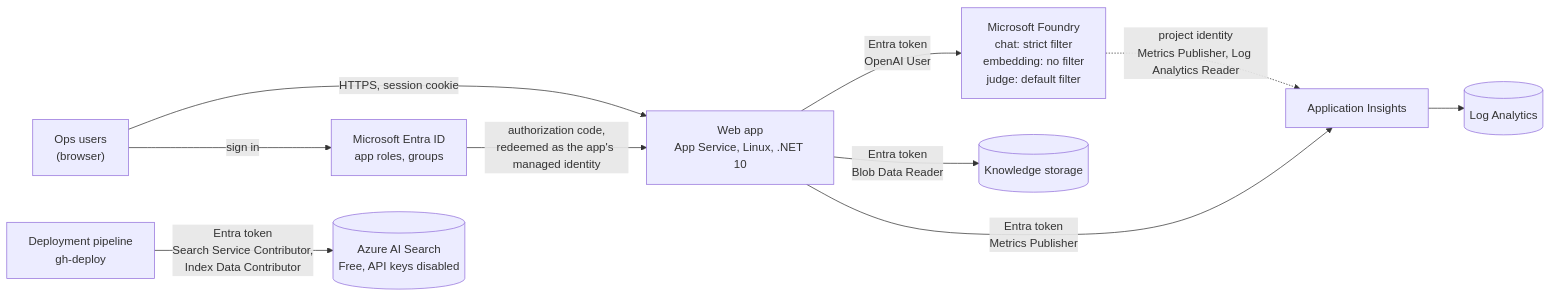
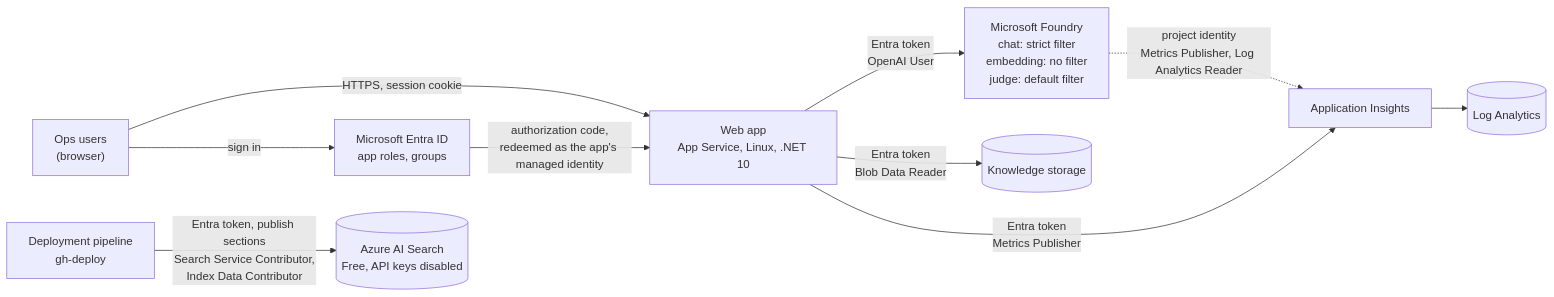
The first of 4 diagrams in docs/Architecture.md (ankurparekh1988/payment-ops-investigation-agent), drawn with Mermaid before and after one commit. The commit also changed other lines of this file and 50 other files, not shown here.

First line of the commit message:
feat: publish the knowledge corpus to a keyless search index (#16)

````diff
--- a/docs/Architecture.md
+++ b/docs/Architecture.md
@@ -26,12 +26,12 @@
 ```mermaid
 flowchart LR
   U["Ops users<br/>(browser)"] -->|HTTPS, session cookie| APP["Web app<br/>App Service, Linux, .NET 10"]
   U -->|sign in| E["Microsoft Entra ID<br/>app roles, groups"]
   E -->|"authorization code,<br/>redeemed as the app's managed identity"| APP
   APP -->|"Entra token<br/>OpenAI User"| F["Microsoft Foundry<br/>chat: strict filter<br/>embedding: no filter<br/>judge: default filter"]
   APP -->|"Entra token<br/>Blob Data Reader"| ST[("Knowledge storage")]
   APP -->|"Entra token<br/>Metrics Publisher"| AI["Application Insights"]
   AI --> LA[("Log Analytics")]
   F -.->|"project identity<br/>Metrics Publisher, Log Analytics Reader"| AI
-  CD["Deployment pipeline<br/>gh-deploy"] -->|"Entra token<br/>Search Service Contributor,<br/>Index Data Contributor"| S[("Azure AI Search<br/>Free, API keys disabled")]
+  CD["Deployment pipeline<br/>gh-deploy"] -->|"Entra token, publish sections<br/>Search Service Contributor,<br/>Index Data Contributor"| S[("Azure AI Search<br/>Free, API keys disabled")]
 ```
````
